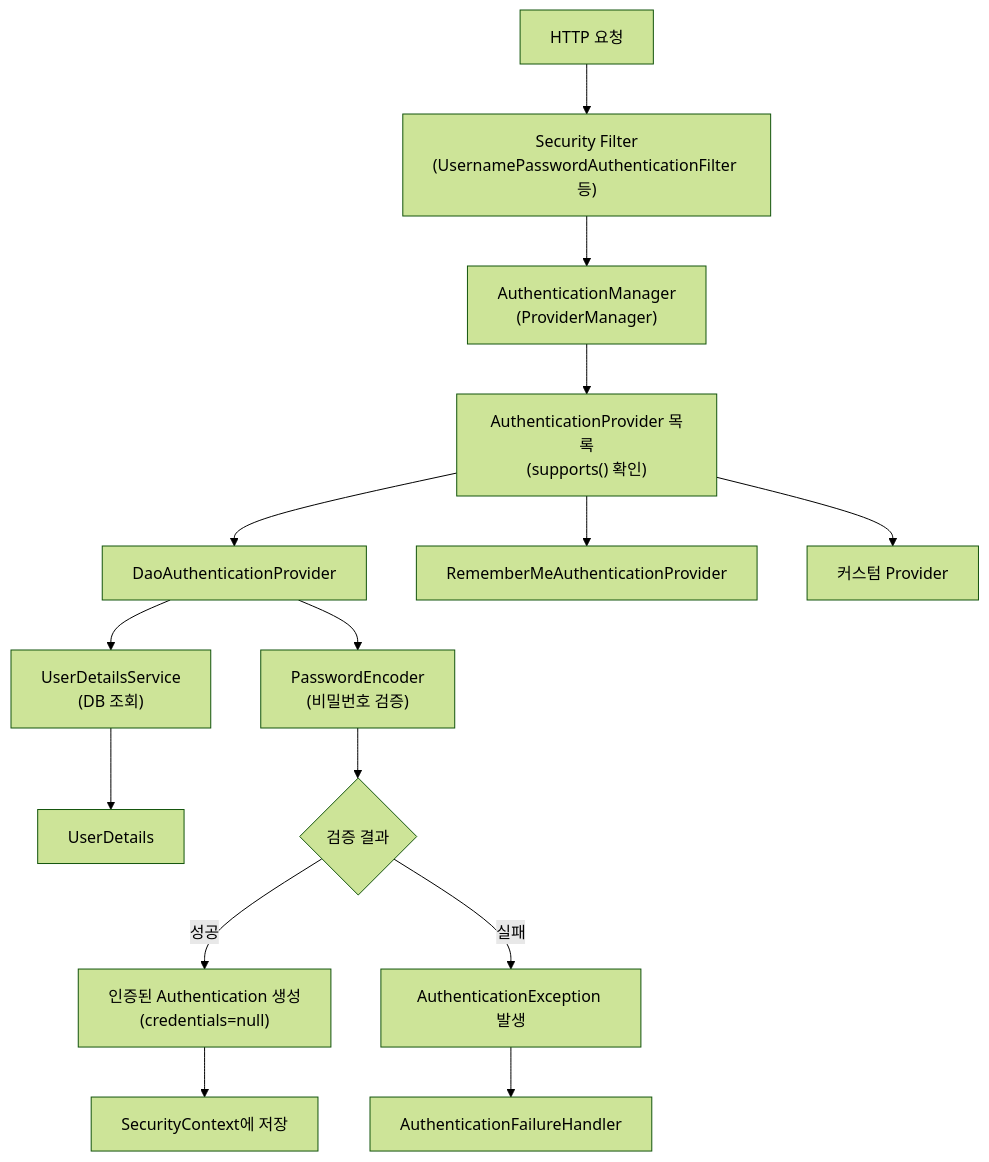
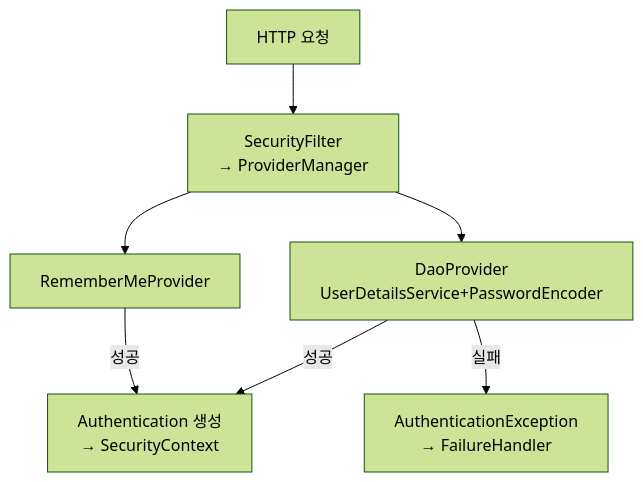
Before and after one commit to yjkim2015/yjkim2015.github.io: the third of 3 diagrams in _posts/security/2021-06-06-AuthenticationManager.md, drawn with Mermaid (forest theme). The commit also changed other lines of this file and 215 other files, not shown here.

First line of the commit message:
신규 포스트 10개 추가 + Mermaid 전면 축소 + SystemDesign 시리즈 보강

````diff
--- a/_posts/security/2021-06-06-AuthenticationManager.md
+++ b/_posts/security/2021-06-06-AuthenticationManager.md
@@ -250,17 +246,9 @@
 ```mermaid
 flowchart TD
-    A["HTTP 요청"] --> B["Security Filter\n(UsernamePasswordAuthenticationFilter 등)"]
-    B --> C["AuthenticationManager\n(ProviderManager)"]
-    C --> D["AuthenticationProvider 목록\n(supports() 확인)"]
-    D --> E["DaoAuthenticationProvider"]
-    D --> F["RememberMeAuthenticationProvider"]
-    D --> G["커스텀 Provider"]
-    E --> H["UserDetailsService\n(DB 조회)"]
-    E --> I["PasswordEncoder\n(비밀번호 검증)"]
-    H --> J["UserDetails"]
-    I --> K{"검증 결과"}
-    K -- "성공" --> L["인증된 Authentication 생성\n(credentials=null)"]
-    K -- "실패" --> M["AuthenticationException 발생"]
-    L --> N["SecurityContext에 저장"]
-    M --> O["AuthenticationFailureHandler"]
+    A["HTTP 요청"] --> B["SecurityFilter\n→ ProviderManager"]
+    B --> C["DaoProvider\nUserDetailsService+PasswordEncoder"]
+    B --> D["RememberMeProvider"]
+    C -->|성공| E["Authentication 생성\n→ SecurityContext"]
+    C -->|실패| F["AuthenticationException\n→ FailureHandler"]
+    D -->|성공| E
 ```
````
